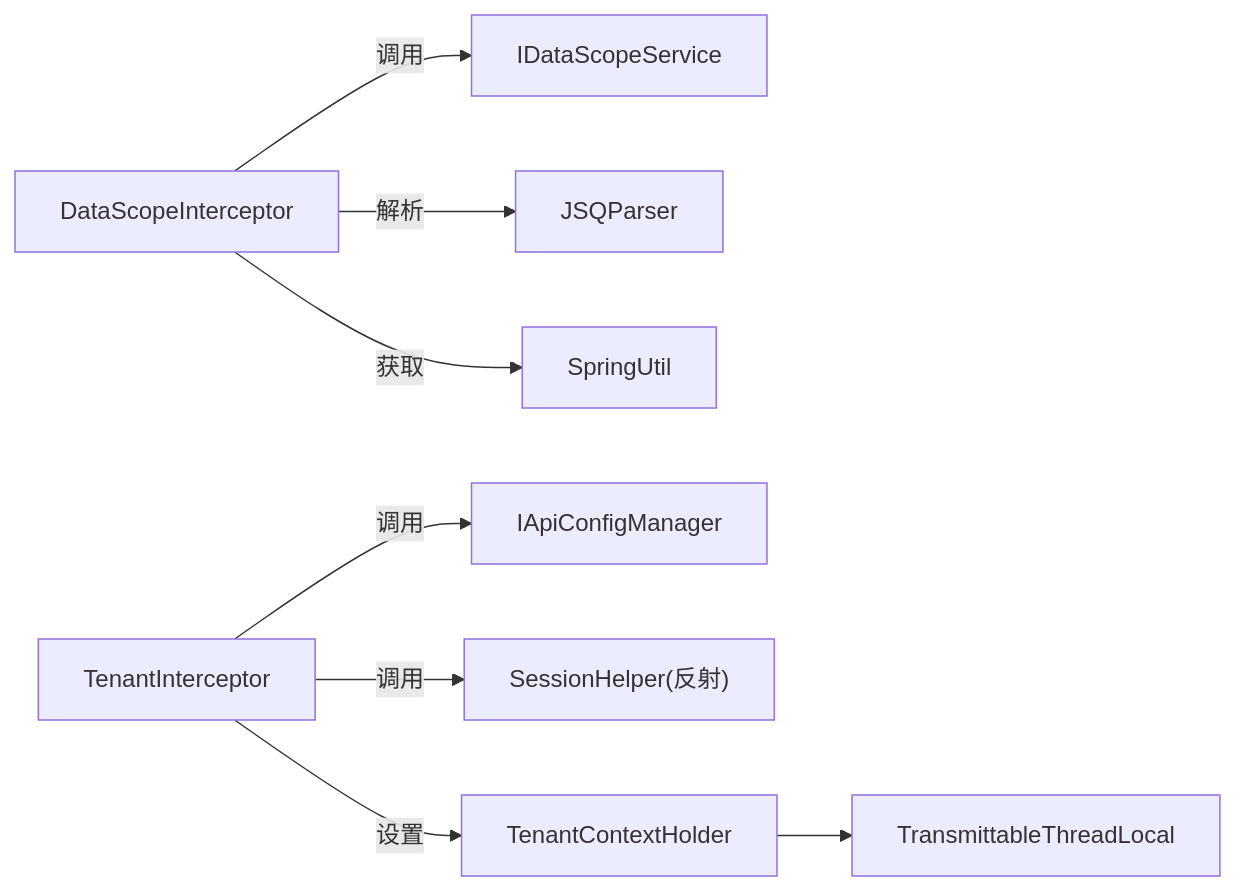
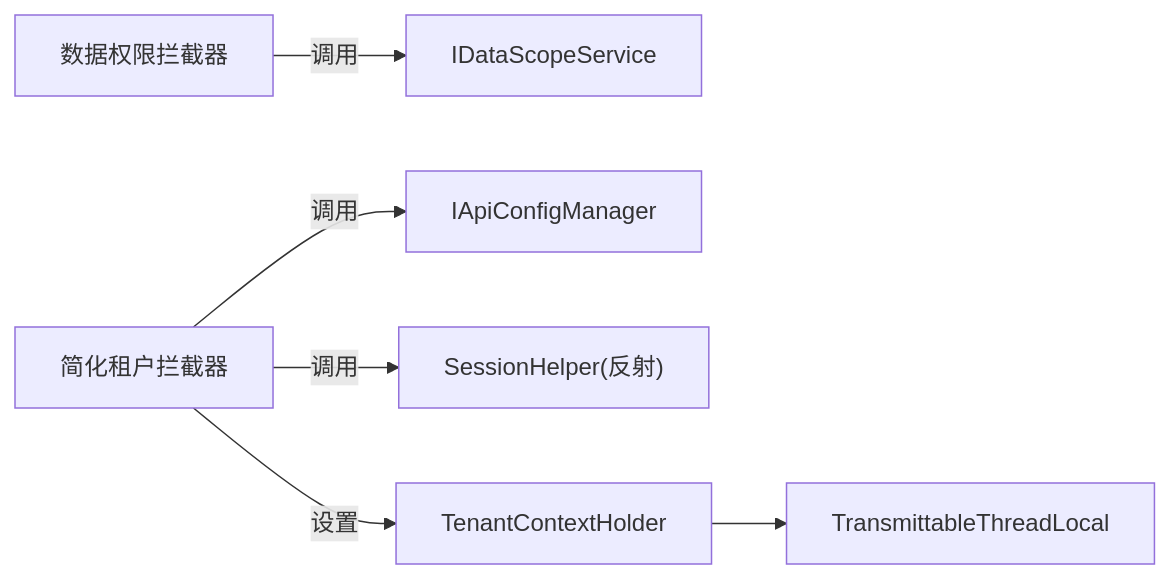
Before and after one commit to yaomindong1996/forge-admin: the third of 3 diagrams in .qoder/repowiki/zh/content/后端框架详解/数据管理模块/数据管理模块.md, drawn with Mermaid. The commit also changed other lines of this file and 76 other files, not shown here.

````diff
--- a/.qoder/repowiki/zh/content/后端框架详解/数据管理模块/数据管理模块.md
+++ b/.qoder/repowiki/zh/content/后端框架详解/数据管理模块/数据管理模块.md
@@ -250,10 +209,8 @@
 ```mermaid
 graph LR
-DSI["DataScopeInterceptor"] --> |调用| IDSS["IDataScopeService"]
-DSI --> |解析| JSQL["JSQParser"]
-DSI --> |获取| SU["SpringUtil"]
-TI["TenantInterceptor"] --> |调用| IACM["IApiConfigManager"]
+DSI["数据权限拦截器"] --> |调用| IDSS["IDataScopeService"]
+TI["简化租户拦截器"] --> |调用| IACM["IApiConfigManager"]
 TI --> |调用| SH["SessionHelper(反射)"]
 TI --> |设置| TCH["TenantContextHolder"]
 TCH --> TTL["TransmittableThreadLocal"]
 ```
````
